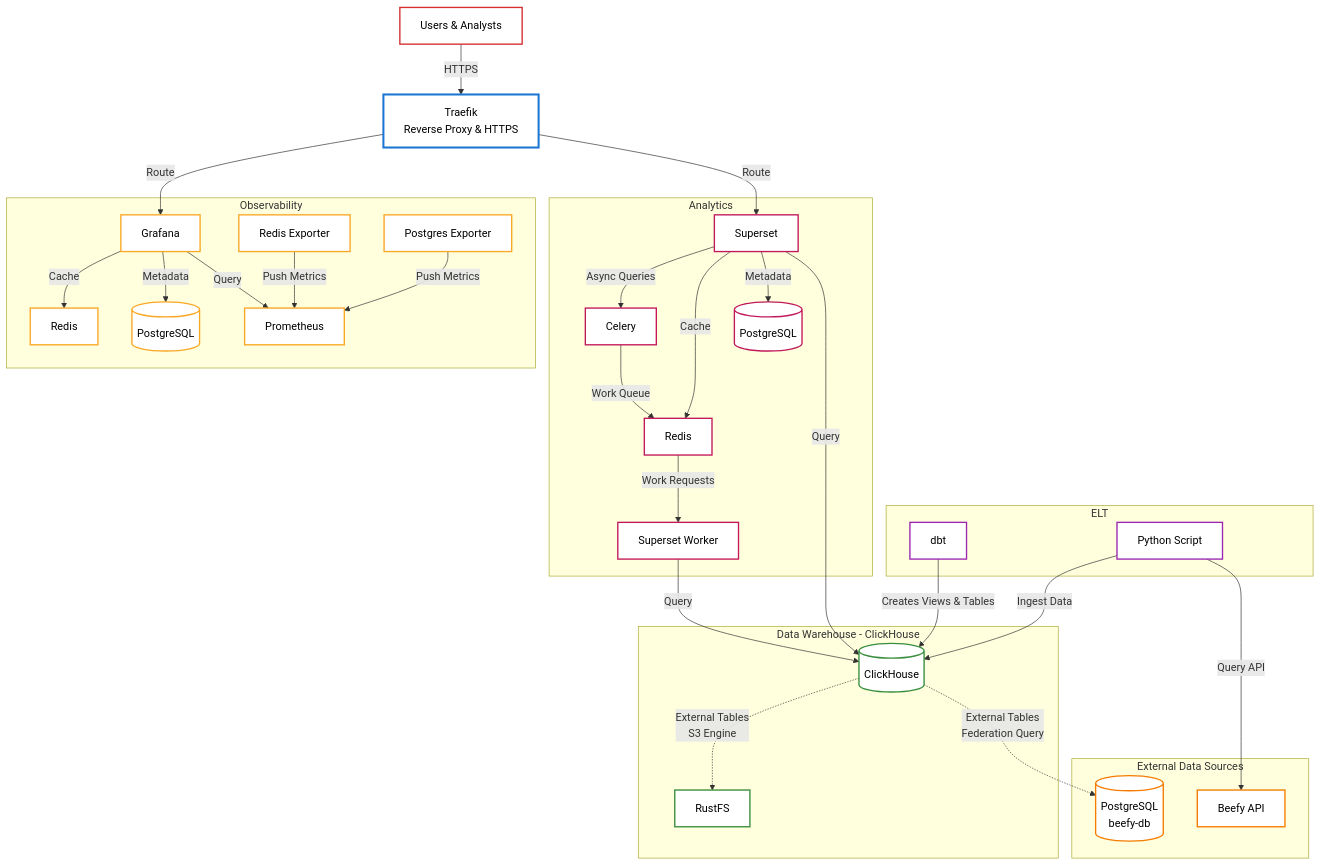
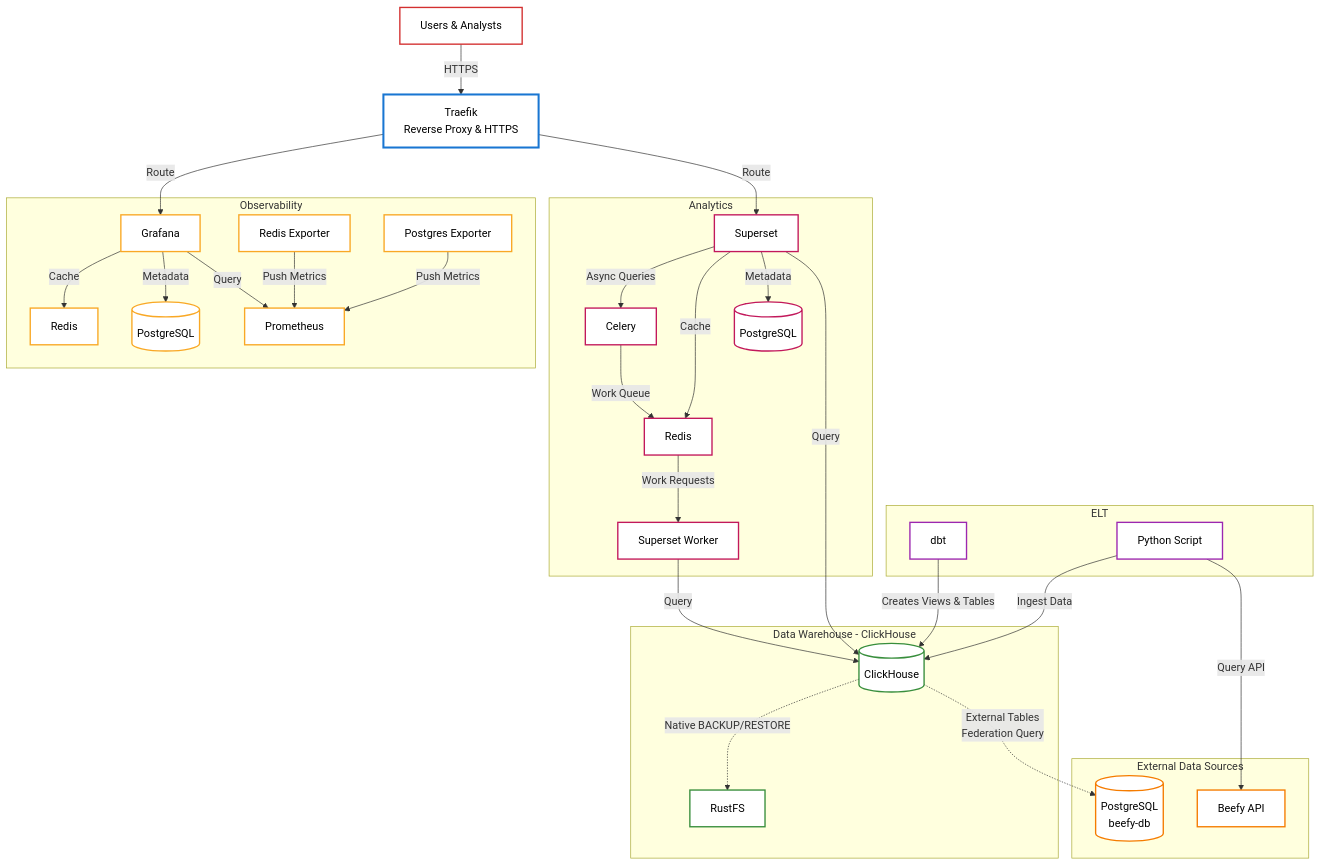
One commit to beefyfinance/beefy-databarn changed the first of 2 diagrams in README.md. Above: the diagram before and after it, drawn with Mermaid. The commit also changed other lines of this file and 20 other files, not shown here.

```diff
--- a/README.md
+++ b/README.md
@@ -69,7 +69,7 @@
     
     %% External Data Flow
     CH -.->|External Tables<br/>Federation Query| BEEFY_DB
-    CH -.->|External Tables<br/>S3 Engine| RUSTFS
+    CH -.->|Native BACKUP/RESTORE| RUSTFS
     PYTHON -->|Query API| BEEFY_API
     PYTHON -->|Ingest Data| CH
     
```
